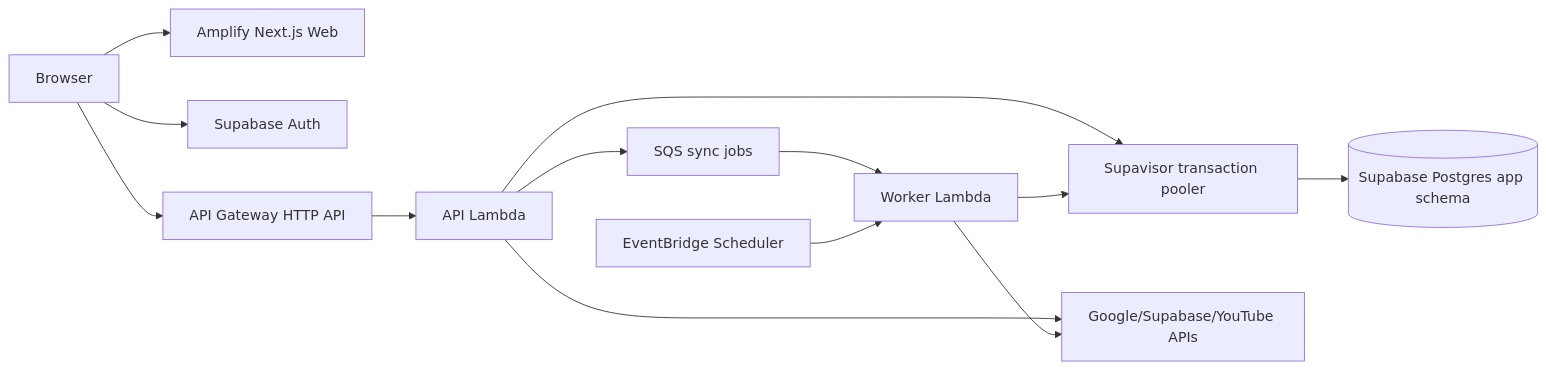
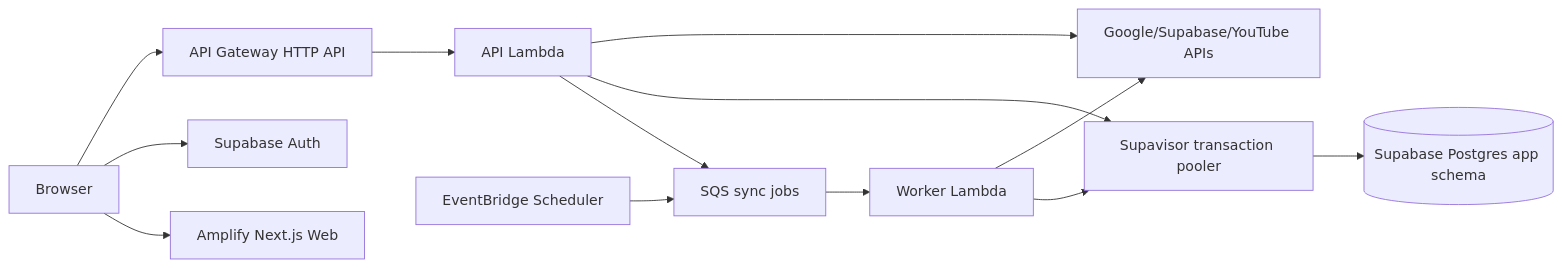
One commit to musenmai-08/oshi-schedule changed the diagram in docs/architecture/production-serverless-low-cost.md. Above: the diagram before and after it, drawn with Mermaid. The commit also changed other lines of this file and 7 other files, not shown here.

````diff
--- a/docs/architecture/production-serverless-low-cost.md
+++ b/docs/architecture/production-serverless-low-cost.md
@@ -16,15 +16,15 @@
 ```mermaid
 flowchart LR
   Browser --> Amplify[Amplify Next.js Web]
   Browser --> SupabaseAuth[Supabase Auth]
   Browser --> HttpApi[API Gateway HTTP API]
   HttpApi --> ApiLambda[API Lambda]
   ApiLambda --> Queue[SQS sync jobs]
   Queue --> WorkerLambda[Worker Lambda]
-  Scheduler[EventBridge Scheduler] --> WorkerLambda
+  Scheduler[EventBridge Scheduler] --> Queue
   ApiLambda --> Pooler[Supavisor transaction pooler]
   WorkerLambda --> Pooler
   Pooler --> Postgres[(Supabase Postgres app schema)]
   ApiLambda --> Google[Google/Supabase/YouTube APIs]
   WorkerLambda --> Google
 ```
````
